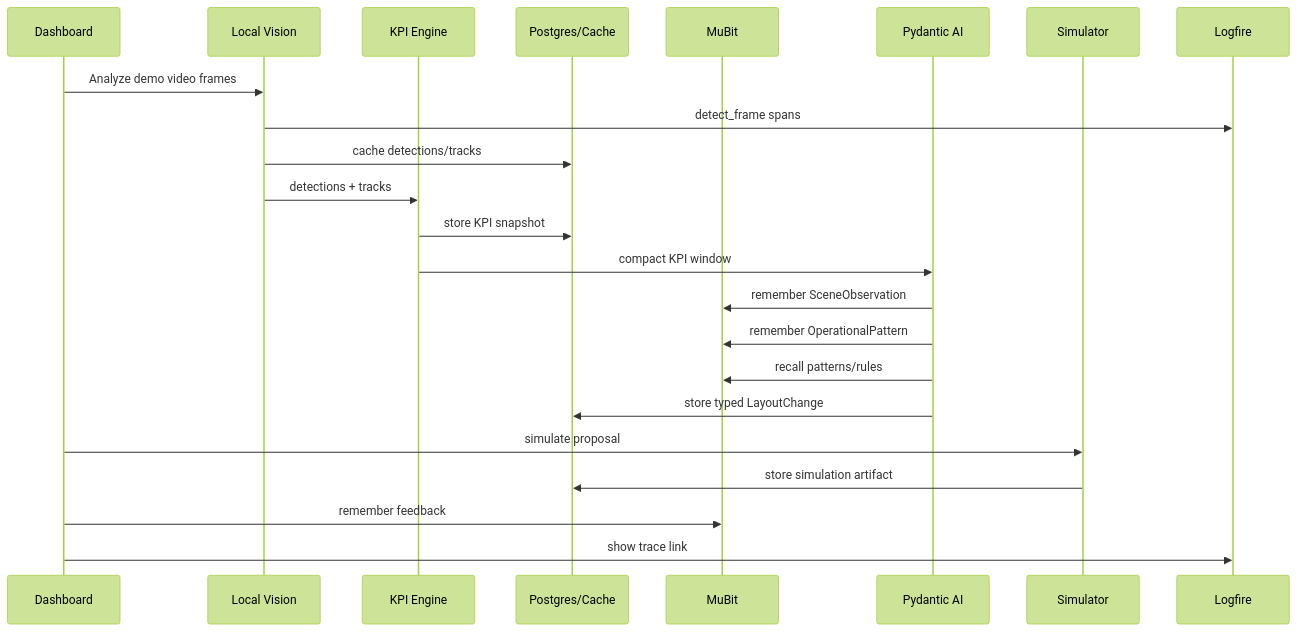
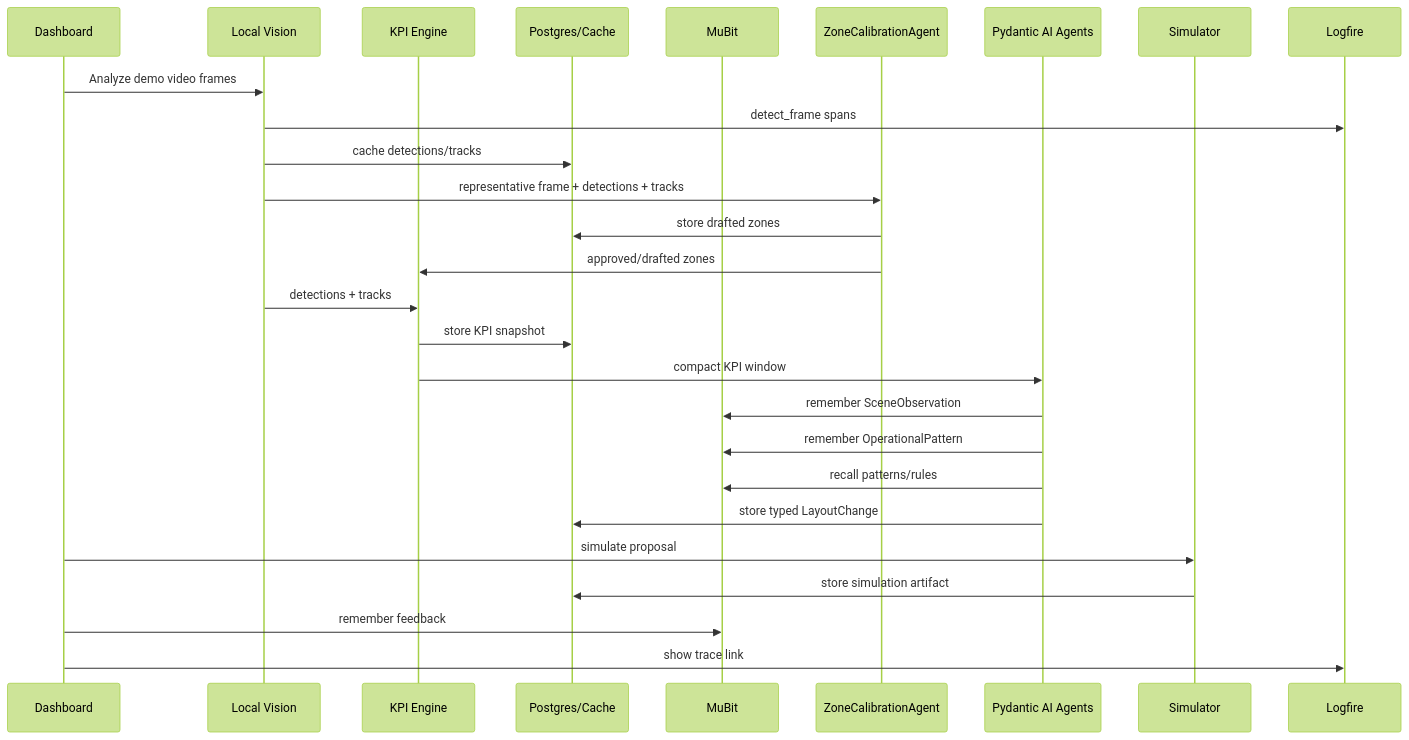
One commit to alexzh3/londonhack changed the second of 5 diagrams in agent_plan.md. Above: the diagram before and after it, drawn with Mermaid (forest theme). The commit also changed other lines of this file and 4 other files, not shown here.

````diff
--- a/agent_plan.md
+++ b/agent_plan.md
@@ -64,26 +67,30 @@
 ```mermaid
 sequenceDiagram
     participant UI as Dashboard
     participant Vision as Local Vision
     participant KPI as KPI Engine
     participant DB as Postgres/Cache
     participant MuBit as MuBit
-    participant AI as Pydantic AI
+    participant ZoneAI as ZoneCalibrationAgent
+    participant AI as Pydantic AI Agents
     participant Sim as Simulator
     participant LF as Logfire
 
     UI->>Vision: Analyze demo video frames
     Vision->>LF: detect_frame spans
     Vision->>DB: cache detections/tracks
+    Vision->>ZoneAI: representative frame + detections + tracks
+    ZoneAI->>DB: store drafted zones
+    ZoneAI->>KPI: approved/drafted zones
     Vision->>KPI: detections + tracks
     KPI->>DB: store KPI snapshot
     KPI->>AI: compact KPI window
     AI->>MuBit: remember SceneObservation
     AI->>MuBit: remember OperationalPattern
     AI->>MuBit: recall patterns/rules
     AI->>DB: store typed LayoutChange
     UI->>Sim: simulate proposal
     Sim->>DB: store simulation artifact
     UI->>MuBit: remember feedback
     UI->>LF: show trace link
 ```
````
